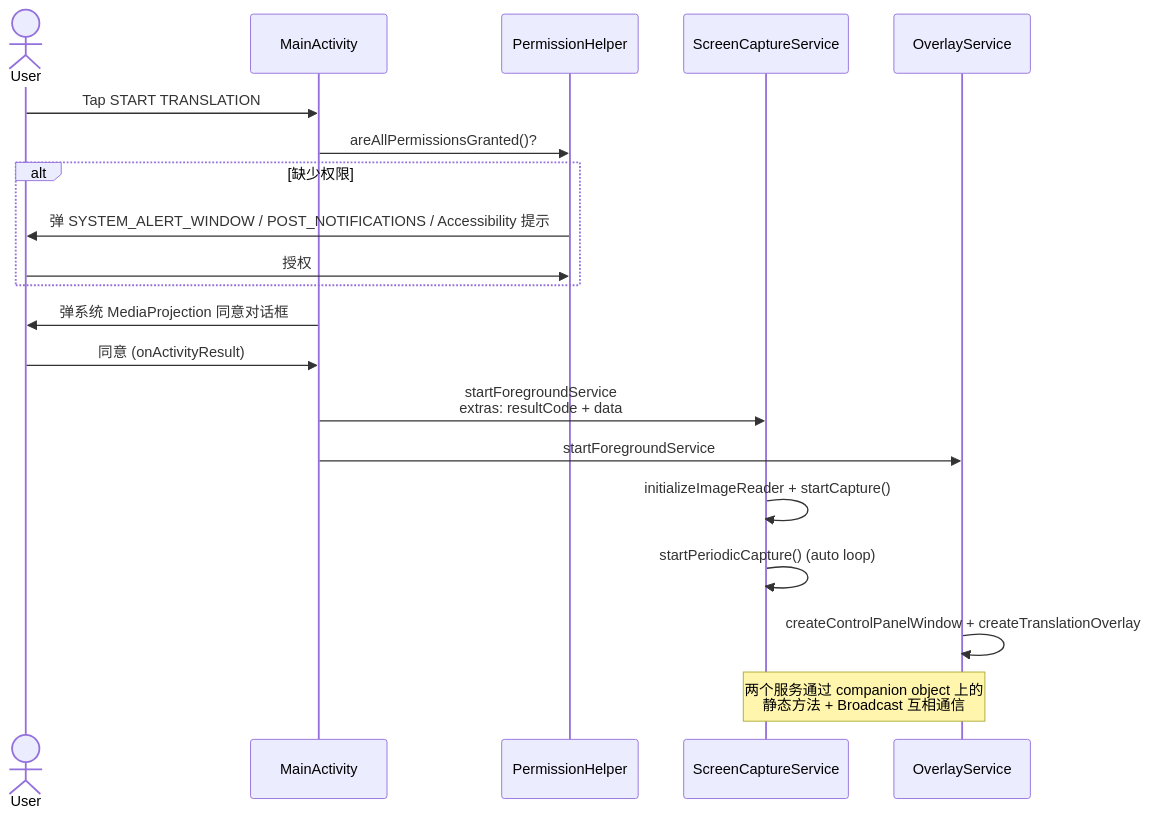
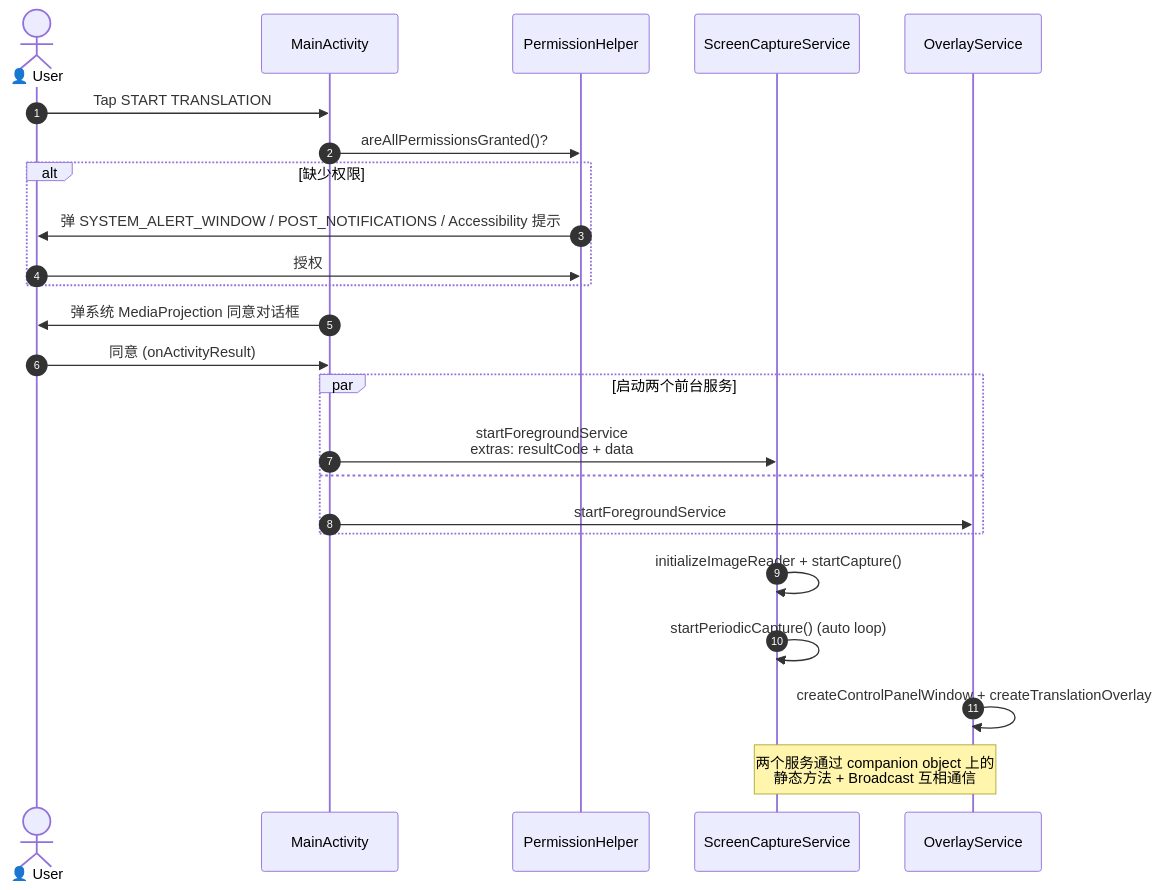
One commit to wilson15832/ocr_translator_ai changed the second of 8 diagrams in ARCHITECTURE.md. Above: the diagram before and after it, drawn with Mermaid. The commit also changed other lines of this file, not shown here.

````diff
--- a/ARCHITECTURE.md
+++ b/ARCHITECTURE.md
@@ -99,23 +119,30 @@
 ```mermaid
 sequenceDiagram
-    actor U as User
+    autonumber
+    actor U as 👤 User
     participant MA as MainActivity
     participant PH as PermissionHelper
     participant SCS as ScreenCaptureService
     participant OS as OverlayService
 
     U->>MA: Tap START TRANSLATION
     MA->>PH: areAllPermissionsGranted()?
     alt 缺少权限
         PH->>U: 弹 SYSTEM_ALERT_WINDOW / POST_NOTIFICATIONS / Accessibility 提示
         U->>PH: 授权
     end
     MA->>U: 弹系统 MediaProjection 同意对话框
     U->>MA: 同意 (onActivityResult)
-    MA->>SCS: startForegroundService<br/>extras: resultCode + data
-    MA->>OS: startForegroundService
+
+    par 启动两个前台服务
+        MA->>SCS: startForegroundService<br/>extras: resultCode + data
+        and
+        MA->>OS: startForegroundService
+    end
+
     SCS->>SCS: initializeImageReader + startCapture()
-    SCS->>SCS: startPeriodicCapture() (auto loop)
+    SCS->>SCS: startPeriodicCapture()  (auto loop)
     OS->>OS: createControlPanelWindow + createTranslationOverlay
+
     Note over SCS,OS: 两个服务通过 companion object 上的<br/>静态方法 + Broadcast 互相通信
 ```
````
